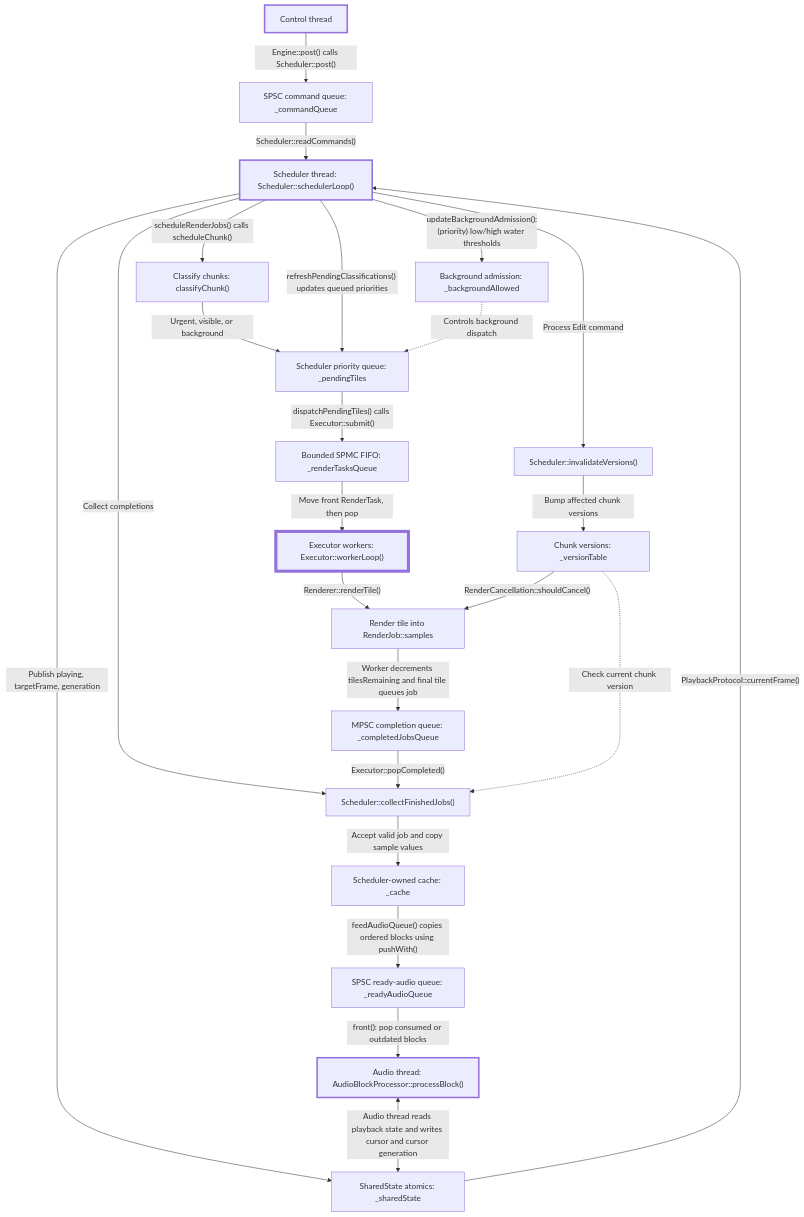
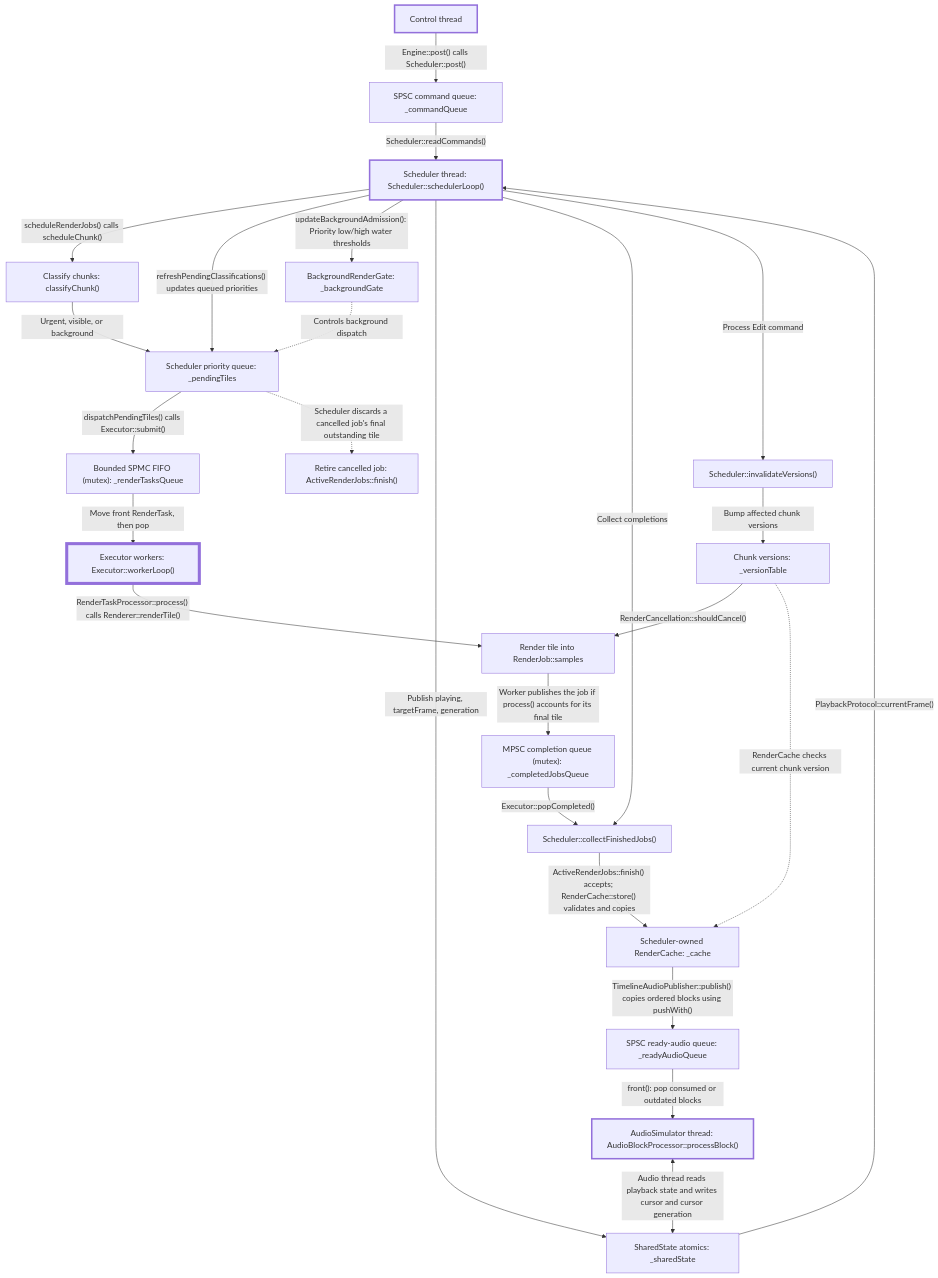
One commit to ChristosKonstantas/anasa changed the diagram in README.md. Above: the diagram before and after it, drawn with Mermaid.

Commit message:
Correct scheduler runtime diagram

````diff
--- a/README.md
+++ b/README.md
@@ -35,62 +35,64 @@
 ```mermaid
 flowchart TD
 
     Control["Control thread"]
     CommandQueue["SPSC command queue: _commandQueue"]
     Scheduler["Scheduler thread: Scheduler::schedulerLoop()"]
 
     Control -->|"Engine::post() calls Scheduler::post()"| CommandQueue
     CommandQueue -->|"Scheduler::readCommands()"| Scheduler
 
-    ExecutorQueue["Bounded SPMC FIFO: _renderTasksQueue"]
+    ExecutorQueue["Bounded SPMC FIFO (mutex): _renderTasksQueue"]
     Workers["Executor workers: Executor::workerLoop()"]
     Render["Render tile into RenderJob::samples"]
-    CompletionQueue["MPSC completion queue: _completedJobsQueue"]
+    CompletionQueue["MPSC completion queue (mutex): _completedJobsQueue"]
 
-        Classify["Classify chunks: classifyChunk()"]
+    Classify["Classify chunks: classifyChunk()"]
     Pending["Scheduler priority queue: _pendingTiles"]
 
     Scheduler -->|"scheduleRenderJobs() calls scheduleChunk()"| Classify
     Classify -->|"Urgent, visible, or background"| Pending
     Scheduler -->|"refreshPendingClassifications() updates queued priorities"| Pending
     Pending -->|"dispatchPendingTiles() calls Executor::submit()"| ExecutorQueue
     ExecutorQueue -->|"Move front RenderTask, then pop"| Workers
-    Workers -->|"Renderer::renderTile()"| Render
-    Render -->|"Worker decrements tilesRemaining and final tile queues job"| CompletionQueue
-    Admission["Background admission: _backgroundAllowed"]
+    Workers -->|"RenderTaskProcessor::process() calls Renderer::renderTile()"| Render
+    Render -->|"Worker publishes the job if process() accounts for its final tile"| CompletionQueue
+    Admission["BackgroundRenderGate: _backgroundGate"]
 
-    Scheduler -->|"updateBackgroundAdmission():(priority) low/high water thresholds"| Admission
+    Scheduler -->|"updateBackgroundAdmission(): Priority low/high water thresholds"| Admission
     Admission -.->|"Controls background dispatch"| Pending
-    Cache["Scheduler-owned cache: _cache"]
+    Cache["Scheduler-owned RenderCache: _cache"]
     ReadyQueue["SPSC ready-audio queue: _readyAudioQueue"]
-    Audio["Audio thread: AudioBlockProcessor::processBlock()"]
+    Audio["AudioSimulator thread: AudioBlockProcessor::processBlock()"]
 
-    Cache -->|"feedAudioQueue() copies ordered blocks using pushWith()"| ReadyQueue
+    Cache -->|"TimelineAudioPublisher::publish() copies ordered blocks using pushWith()"| ReadyQueue
     ReadyQueue -->|"front(): pop consumed or outdated blocks"| Audio
 
     Shared["SharedState atomics: _sharedState"]
 
     Scheduler -->|"Publish playing, targetFrame, generation"| Shared
     Shared -->|"PlaybackProtocol::currentFrame()"| Scheduler
 
     Audio <-->|"Audio thread reads playback state and writes cursor and cursor generation"| Shared
 
     Versions["Chunk versions: _versionTable"]
 
     Versions -->|"RenderCancellation::shouldCancel()"| Render
 
-       Collect["Scheduler::collectFinishedJobs()"]
+    Collect["Scheduler::collectFinishedJobs()"]
     Invalidate["Scheduler::invalidateVersions()"]
+    Retire["Retire cancelled job: ActiveRenderJobs::finish()"]
 
     Scheduler -->|"Collect completions"| Collect
     CompletionQueue -->|"Executor::popCompleted()"| Collect
-    Versions -.->|"Check current chunk version"| Collect
-    Collect -->|"Accept valid job and copy sample values"| Cache
+    Versions -.->|"RenderCache checks current chunk version"| Cache
+    Collect -->|"ActiveRenderJobs::finish() accepts; RenderCache::store() validates and copies"| Cache
+    Pending -.->|"Scheduler discards a cancelled job's final outstanding tile"| Retire
     Scheduler -->|"Process Edit command"| Invalidate
     Invalidate -->|"Bump affected chunk versions"| Versions
     classDef thread stroke-width:3px;
     classDef threadPool stroke-width:6px;
 
     class Control,Scheduler,Audio thread;
     class Workers threadPool;
 ```
````
